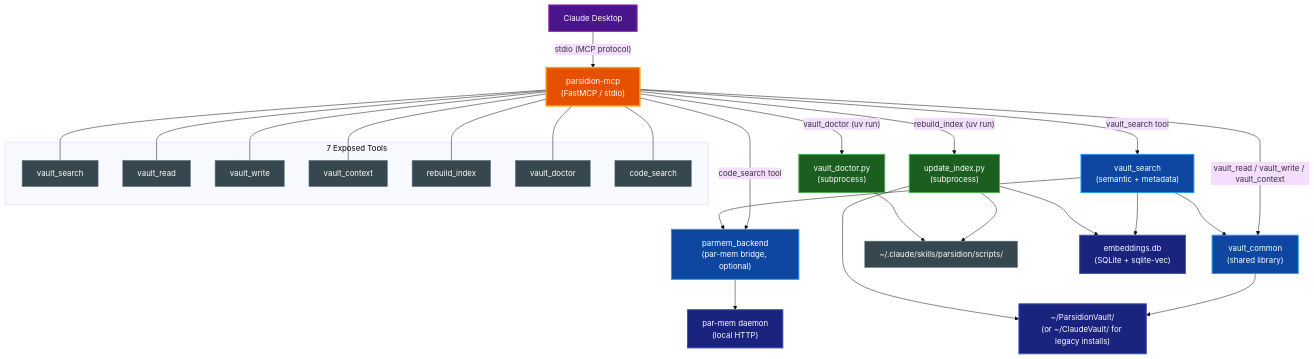
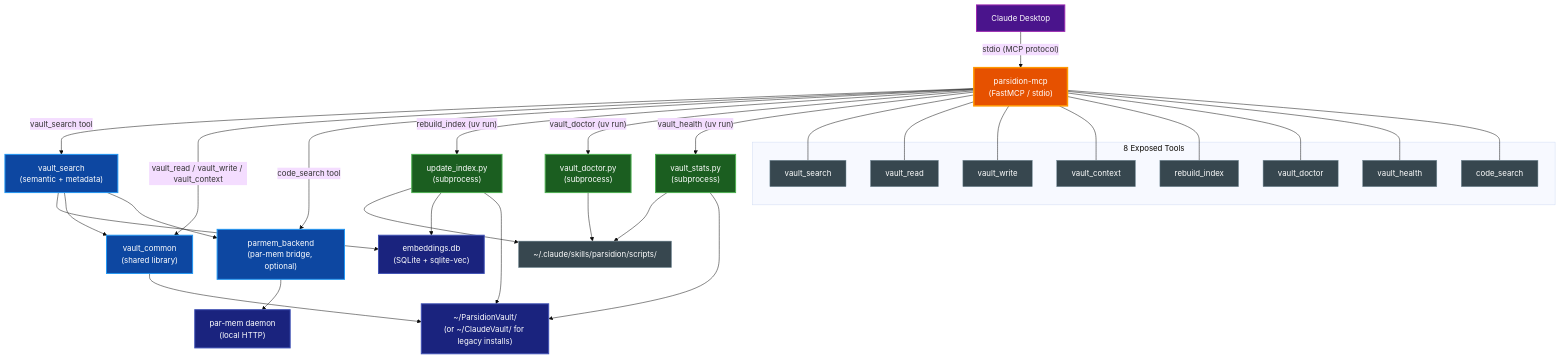
One commit to paulrobello/parsidion changed the diagram in docs/MCP.md. Above: the diagram before and after it, drawn with Mermaid (base theme). The commit also changed other lines of this file and 9 other files, not shown here.

````diff
--- a/docs/MCP.md
+++ b/docs/MCP.md
@@ -50,64 +52,70 @@
 ```mermaid
 graph TD
     Desktop["Claude Desktop"]
     MCP["parsidion-mcp<br/>(FastMCP / stdio)"]
     VaultSearch["vault_search<br/>(semantic + metadata)"]
     VaultCommon["vault_common<br/>(shared library)"]
     ParmemBackend["parmem_backend<br/>(par-mem bridge, optional)"]
     ParmemDaemon["par-mem daemon<br/>(local HTTP)"]
     ScriptsDir["~/.claude/skills/parsidion/scripts/"]
     UpdateIndex["update_index.py<br/>(subprocess)"]
     VaultDoctor["vault_doctor.py<br/>(subprocess)"]
+    VaultStats["vault_stats.py<br/>(subprocess)"]
     EmbeddingsDB["embeddings.db<br/>(SQLite + sqlite-vec)"]
     VaultRoot["~/ParsidionVault/<br/>(or ~/ClaudeVault/ for legacy installs)"]
 
     Desktop -->|"stdio (MCP protocol)"| MCP
 
     MCP -->|"vault_search tool"| VaultSearch
     MCP -->|"vault_read / vault_write / vault_context"| VaultCommon
     MCP -->|"code_search tool"| ParmemBackend
     MCP -->|"rebuild_index (uv run)"| UpdateIndex
     MCP -->|"vault_doctor (uv run)"| VaultDoctor
+    MCP -->|"vault_health (uv run)"| VaultStats
 
     VaultSearch --> EmbeddingsDB
     VaultSearch --> VaultCommon
     VaultSearch --> ParmemBackend
     ParmemBackend --> ParmemDaemon
     VaultCommon --> VaultRoot
     UpdateIndex --> ScriptsDir
     VaultDoctor --> ScriptsDir
+    VaultStats --> ScriptsDir
     UpdateIndex --> EmbeddingsDB
     UpdateIndex --> VaultRoot
+    VaultStats --> VaultRoot
 
-    subgraph "7 Exposed Tools"
+    subgraph "8 Exposed Tools"
         T1["vault_search"]
         T2["vault_read"]
         T3["vault_write"]
         T4["vault_context"]
         T5["rebuild_index"]
         T6["vault_doctor"]
-        T7["code_search"]
+        T7["vault_health"]
+        T8["code_search"]
     end
 
     MCP --- T1
     MCP --- T2
     MCP --- T3
     MCP --- T4
     MCP --- T5
     MCP --- T6
     MCP --- T7
+    MCP --- T8
 
     class Desktop external
     class MCP primary
     class VaultSearch,VaultCommon,ParmemBackend data
-    class ScriptsDir,T1,T2,T3,T4,T5,T6,T7 neutral
-    class UpdateIndex,VaultDoctor active
+    class ScriptsDir,T1,T2,T3,T4,T5,T6,T7,T8 neutral
+    class UpdateIndex,VaultDoctor,VaultStats active
     class ParmemDaemon,EmbeddingsDB,VaultRoot database
 
     classDef primary fill:#e65100,stroke:#ff9800,stroke-width:3px,color:#ffffff
     classDef active fill:#1b5e20,stroke:#4caf50,stroke-width:2px,color:#ffffff
     classDef database fill:#1a237e,stroke:#3f51b5,stroke-width:2px,color:#ffffff
     classDef external fill:#4a148c,stroke:#9c27b0,stroke-width:2px,color:#ffffff
     classDef data fill:#0d47a1,stroke:#2196f3,stroke-width:2px,color:#ffffff
     classDef neutral fill:#37474f,stroke:#78909c,stroke-width:1px,color:#ffffff
 ```
````
